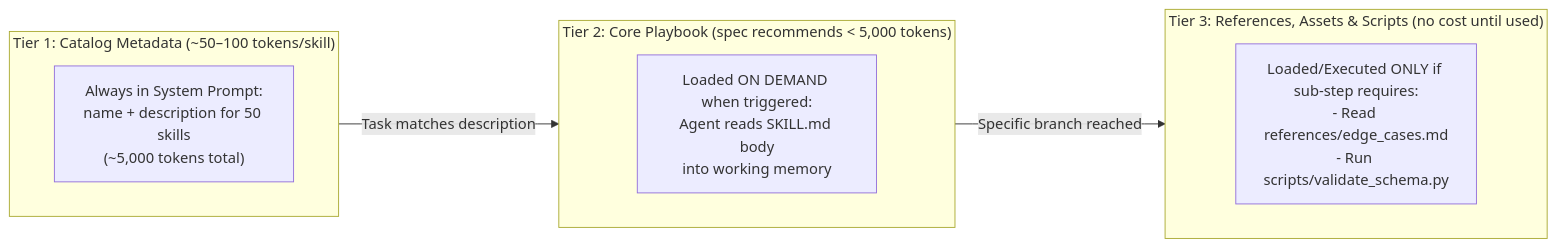
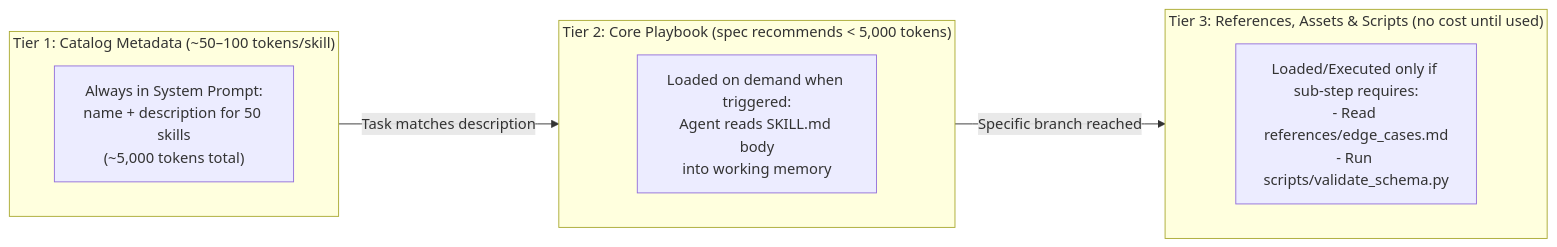
One commit to Rajdipc/agentic-ai-orchestration-patterns changed the diagram in chapter-08-agent-skills-and-procedural-memory.md. Above: the diagram before and after it, drawn with Mermaid. The commit also changed other lines of this file and 23 other files, not shown here.

````diff
--- a/chapter-08-agent-skills-and-procedural-memory.md
+++ b/chapter-08-agent-skills-and-procedural-memory.md
@@ -84,17 +83,17 @@
 ```mermaid
 flowchart LR
     subgraph Tier1["Tier 1: Catalog Metadata (~50–100 tokens/skill)"]
         C1["Always in System Prompt:<br/>name + description for 50 skills<br/>(~5,000 tokens total)"]
     end
 
     subgraph Tier2["Tier 2: Core Playbook (spec recommends < 5,000 tokens)"]
-        C2["Loaded ON DEMAND when triggered:<br/>Agent reads SKILL.md body<br/>into working memory"]
+        C2["Loaded on demand when triggered:<br/>Agent reads SKILL.md body<br/>into working memory"]
     end
 
     subgraph Tier3["Tier 3: References, Assets & Scripts (no cost until used)"]
-        C3["Loaded/Executed ONLY if sub-step requires:<br/>- Read references/edge_cases.md<br/>- Run scripts/validate_schema.py"]
+        C3["Loaded/Executed only if sub-step requires:<br/>- Read references/edge_cases.md<br/>- Run scripts/validate_schema.py"]
     end
 
     Tier1 -- "Task matches description" --> Tier2
     Tier2 -- "Specific branch reached" --> Tier3
 ```
````
